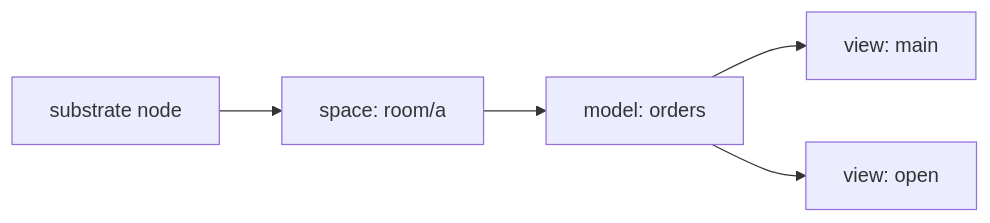
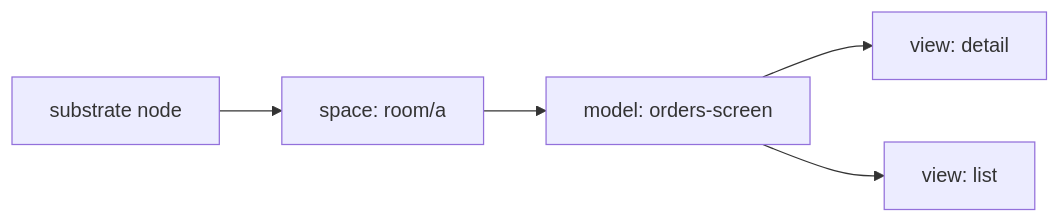
The first of 6 diagrams in docs/xt_db_substrate_walkthrough.md (zcaudate-xyz/foundation-base), drawn with Mermaid before and after one commit. The commit also changed other lines of this file and 55 other files, not shown here.

Commit message:
reimplementing view-model

````diff
--- a/docs/xt_db_substrate_walkthrough.md
+++ b/docs/xt_db_substrate_walkthrough.md
@@ -33,13 +36,13 @@
 ```mermaid
 flowchart LR
     N[substrate node]
     S[space: room/a]
-    M[model: orders]
-    V1[view: main]
-    V2[view: open]
+    M[model: orders-screen]
+    V1[view: detail]
+    V2[view: list]
 
     N --> S
     S --> M
     M --> V1
     M --> V2
 ```
````
